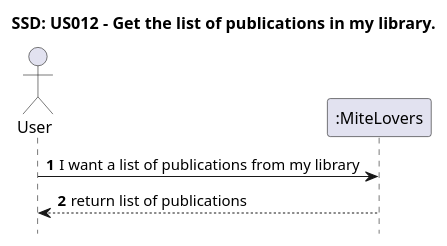
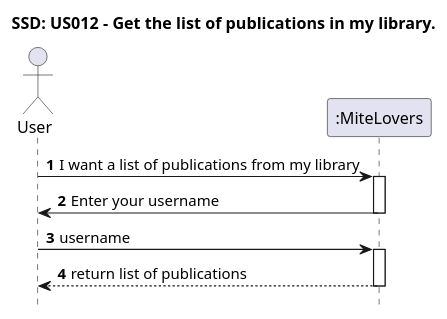
One commit to AndrePereiraGitH/SWitCH-Project-Team_A changed the diagram in Diagrams/SequenceDiagrams/N1/US012-to-get-list-of-publications.puml. Above: the diagram before and after it, drawn with PlantUML. The commit also changed 8 other files, not shown here.

Commit message:
Working on #169, updated SSD, SD, and CD diagrams to reflect the refactored architecture introduced in US012

```diff
--- a/Diagrams/SequenceDiagrams/N1/US012-to-get-list-of-publications.puml
+++ b/Diagrams/SequenceDiagrams/N1/US012-to-get-list-of-publications.puml
@@ -1,19 +1,30 @@
 @startuml
 
 autonumber
 hide footbox
 title SSD: US012 - Get the list of publications in my library.
 
 actor "User" as User
 participant ":MiteLovers" as System
 
 
 
     User -> System : I want a list of publications from my library
 
+    activate System
+
+    System -> User : Enter your username
+
+    deactivate System
+
+    User -> System: username
+
+    activate System
 
     System --> User : return list of publications
+
+    deactivate System
 
 
 
 @enduml
```
